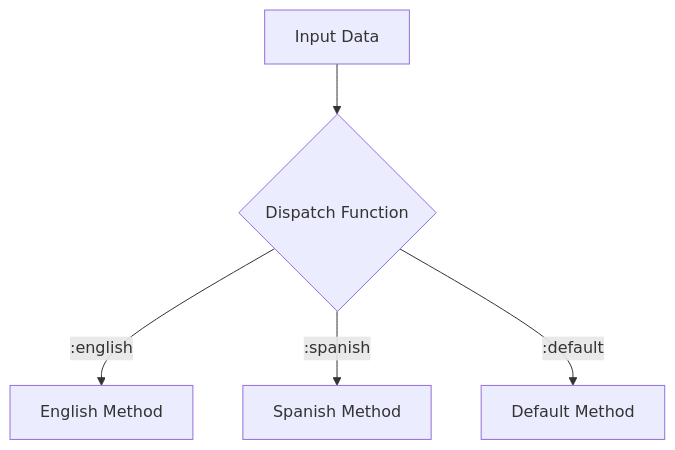
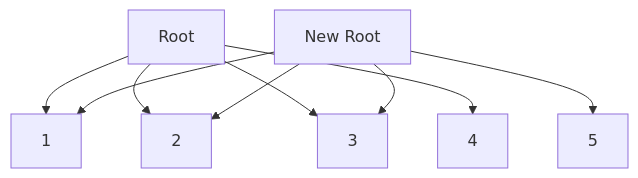
The diagram in content/patterns-clojure/3/7/index.md (MasteryEducation/SoftwarePatternsLexicon.com), drawn with Mermaid before and after one commit. The commit also changed other lines of this file and 462 other files, not shown here.

````diff
--- a/content/patterns-clojure/3/7/index.md
+++ b/content/patterns-clojure/3/7/index.md
@@ -107,7 +57,11 @@
 ```mermaid
 graph TD;
-    A[Input Data] --> B{Dispatch Function};
-    B -->|:english| C[English Method];
-    B -->|:spanish| D[Spanish Method];
-    B -->|:default| E[Default Method];
+    A[Root] --> B[1]
+    A --> C[2]
+    A --> D[3]
+    A --> E[4]
+    F[New Root] --> B
+    F --> C
+    F --> D
+    F --> G[5]
 ```
````
